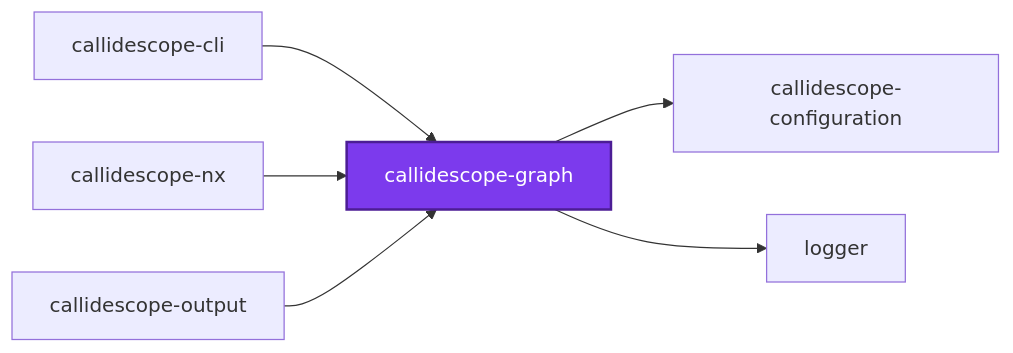
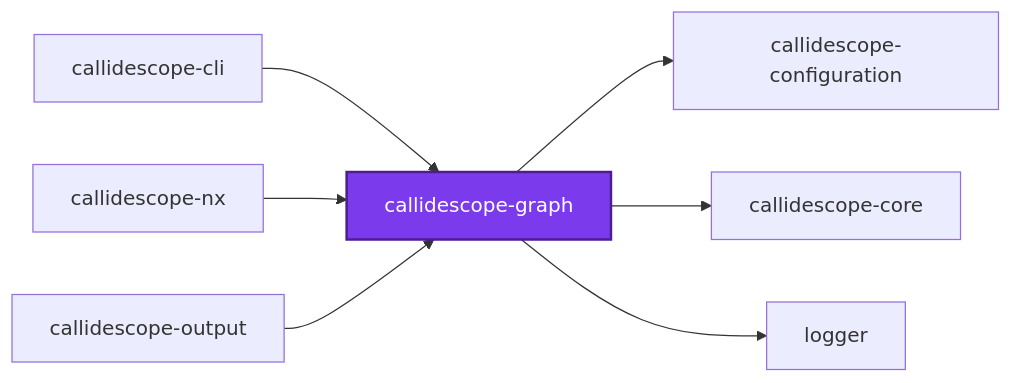
Before and after one commit to JimmyPaolini/codebase: the first of 3 diagrams in packages/ic-suite/callidescope/callidescope-graph/README.md, drawn with Mermaid. The commit also changed 78 other files, not shown here.

````diff
--- a/packages/ic-suite/callidescope/callidescope-graph/README.md
+++ b/packages/ic-suite/callidescope/callidescope-graph/README.md
@@ -235,16 +235,18 @@
 ```mermaid
 graph LR
   callidescope_cli["callidescope-cli"]
   callidescope_configuration["callidescope-configuration"]
+  callidescope_core["callidescope-core"]
   callidescope_graph["callidescope-graph"]
   callidescope_nx["callidescope-nx"]
   callidescope_output["callidescope-output"]
   logger["logger"]
   callidescope_cli --> callidescope_graph
   callidescope_graph --> callidescope_configuration
+  callidescope_graph --> callidescope_core
   callidescope_graph --> logger
   callidescope_nx --> callidescope_graph
   callidescope_output --> callidescope_graph
   classDef subject fill:#7c3aed,color:#fff,stroke:#4c1d95,stroke-width:2px
   class callidescope_graph subject
 ```
````
